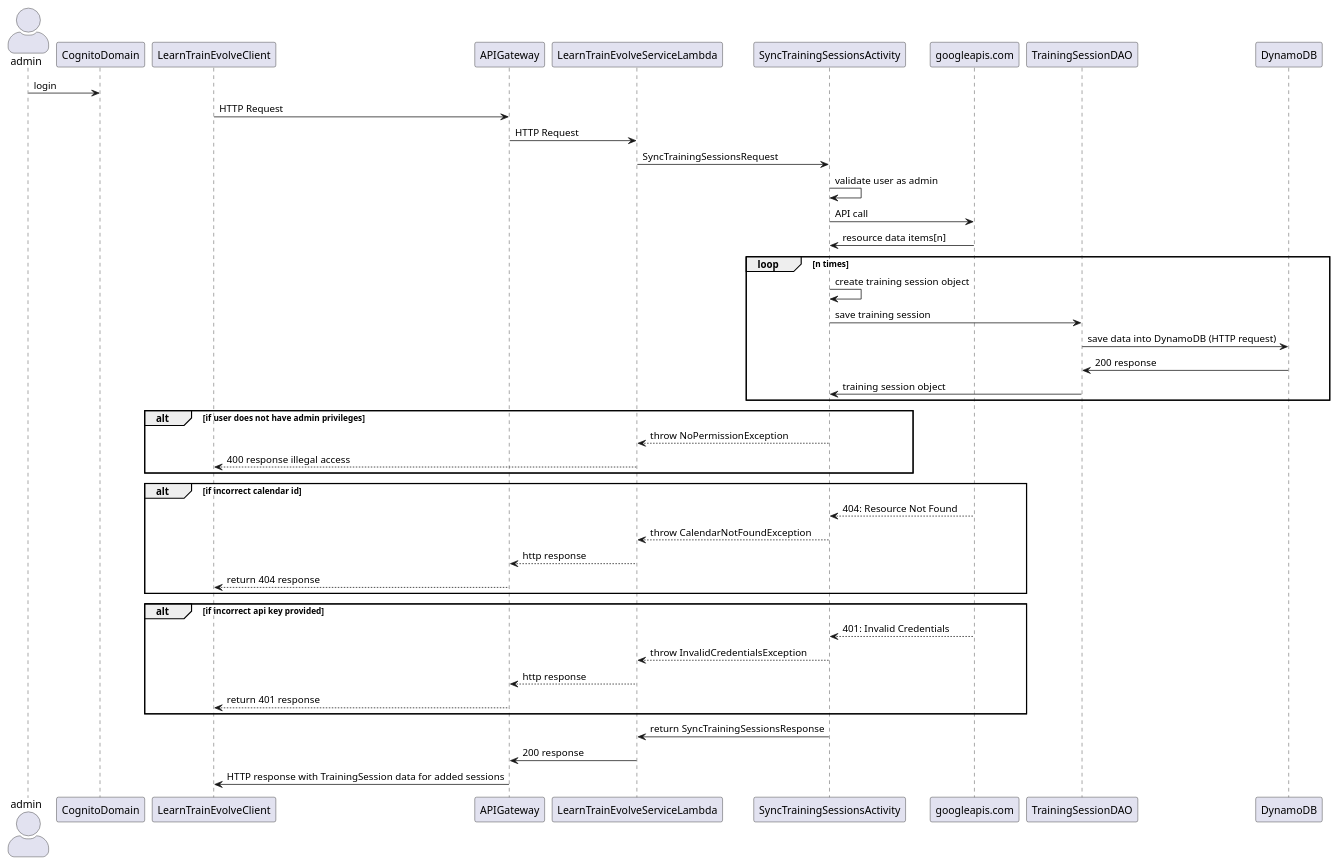
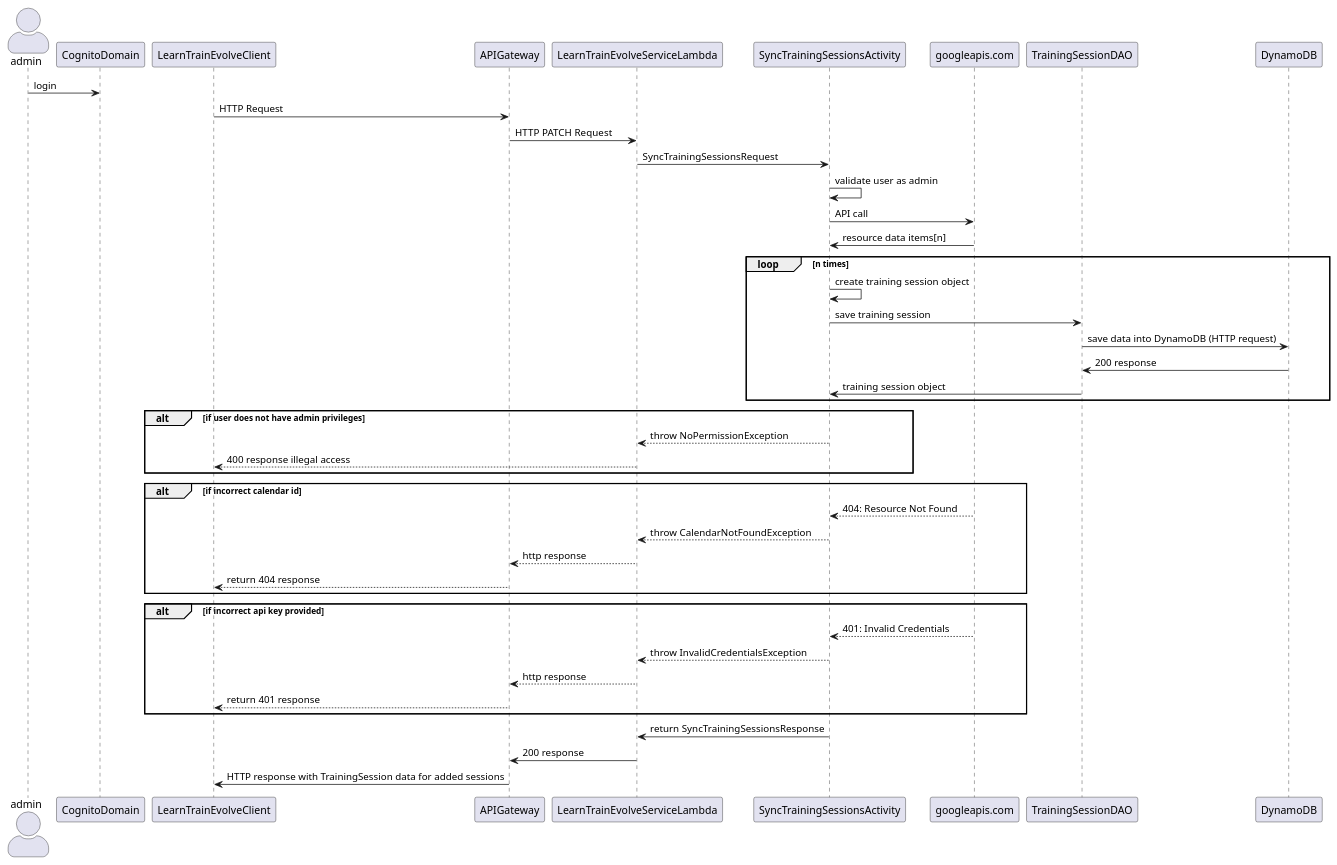
One commit to pemheath/learn-train-evolve changed the diagram in app/src/main/resources/SyncTrainingSessionsSequenceDiagram.puml. Above: the diagram before and after it, drawn with PlantUML. The commit also changed 30 other files, not shown here.

```diff
--- a/app/src/main/resources/SyncTrainingSessionsSequenceDiagram.puml
+++ b/app/src/main/resources/SyncTrainingSessionsSequenceDiagram.puml
@@ -1,46 +1,46 @@
 @startuml
 
 'https://plantuml.com/sequence-diagram
 skinparam actorStyle awesome
 
 actor admin
 
 admin -> CognitoDomain : login
 LearnTrainEvolveClient -> APIGateway : HTTP Request
-APIGateway -> LearnTrainEvolveServiceLambda : HTTP Request
+APIGateway -> LearnTrainEvolveServiceLambda : HTTP PATCH Request
 LearnTrainEvolveServiceLambda -> SyncTrainingSessionsActivity : SyncTrainingSessionsRequest
 SyncTrainingSessionsActivity -> SyncTrainingSessionsActivity : validate user as admin
 SyncTrainingSessionsActivity -> googleapis.com : API call
 googleapis.com -> SyncTrainingSessionsActivity : resource data items[n]
     loop n times
         SyncTrainingSessionsActivity -> SyncTrainingSessionsActivity : create training session object
         SyncTrainingSessionsActivity -> TrainingSessionDAO : save training session
         TrainingSessionDAO -> DynamoDB : save data into DynamoDB (HTTP request)
         DynamoDB -> TrainingSessionDAO : 200 response
         TrainingSessionDAO -> SyncTrainingSessionsActivity : training session object
     end
 
 alt if user does not have admin privileges
 SyncTrainingSessionsActivity --> LearnTrainEvolveServiceLambda : throw NoPermissionException
 LearnTrainEvolveServiceLambda --> LearnTrainEvolveClient : 400 response illegal access
 end
 
 alt if incorrect calendar id
 googleapis.com --> SyncTrainingSessionsActivity : 404: Resource Not Found
 SyncTrainingSessionsActivity --> LearnTrainEvolveServiceLambda : throw CalendarNotFoundException
 LearnTrainEvolveServiceLambda --> APIGateway : http response
 APIGateway --> LearnTrainEvolveClient : return 404 response
 end
 
 alt if incorrect api key provided
 googleapis.com --> SyncTrainingSessionsActivity : 401: Invalid Credentials
 SyncTrainingSessionsActivity --> LearnTrainEvolveServiceLambda : throw InvalidCredentialsException
 LearnTrainEvolveServiceLambda --> APIGateway : http response
 APIGateway --> LearnTrainEvolveClient : return 401 response
 end
 
 SyncTrainingSessionsActivity -> LearnTrainEvolveServiceLambda : return SyncTrainingSessionsResponse
 LearnTrainEvolveServiceLambda -> APIGateway : 200 response
 APIGateway -> LearnTrainEvolveClient : HTTP response with TrainingSession data for added sessions
 
 @enduml
```
